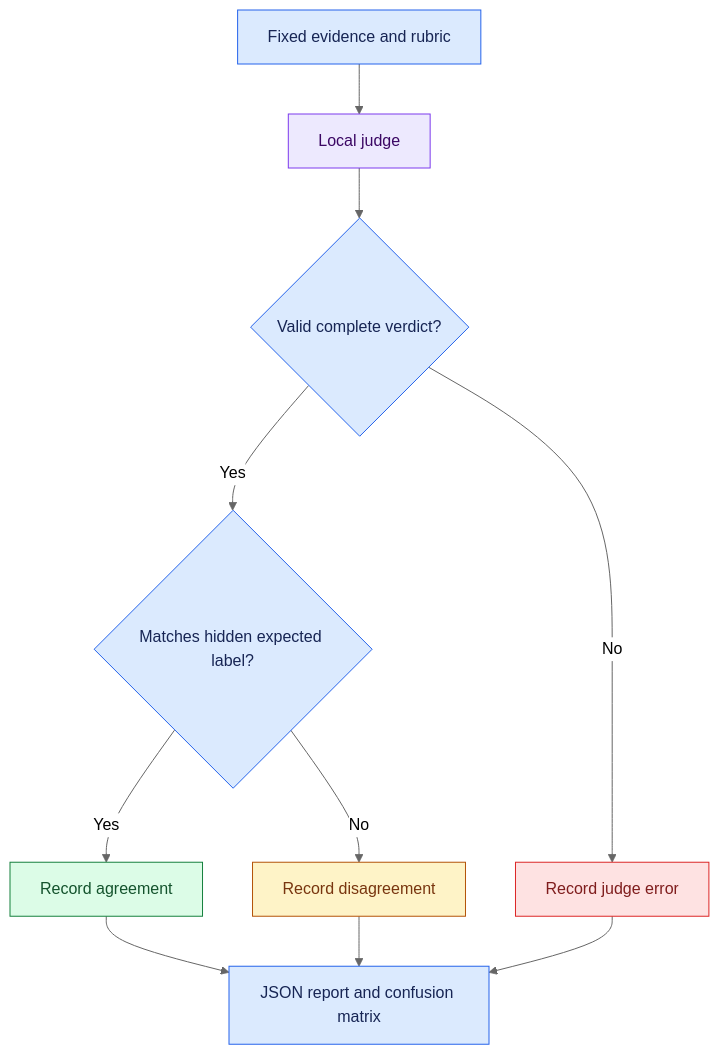
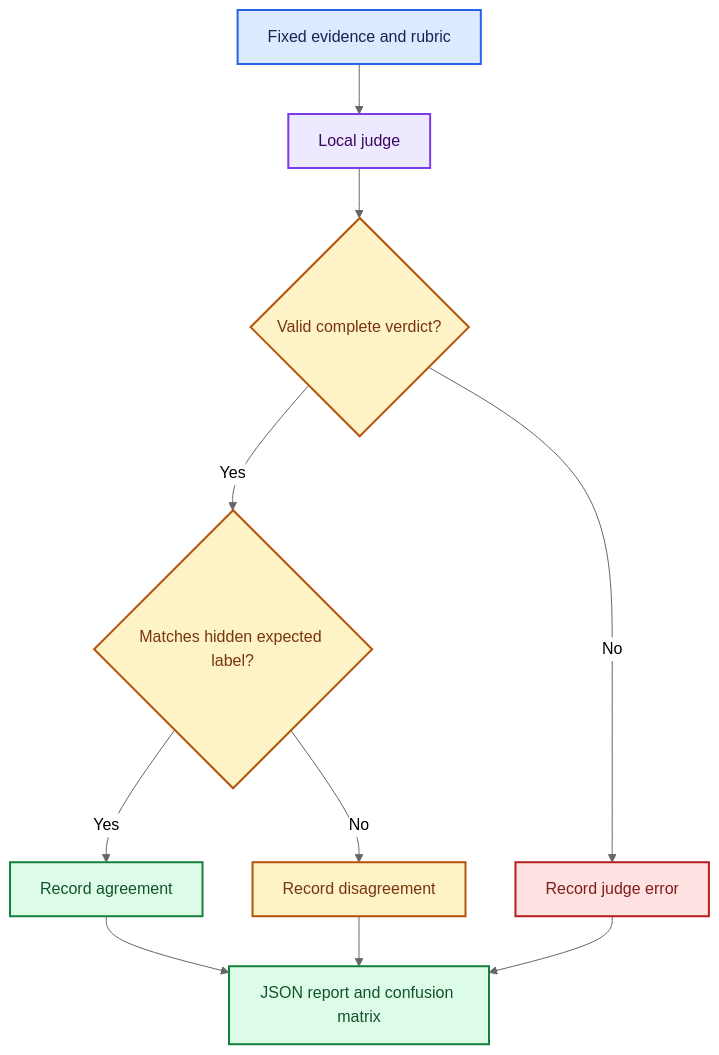
The diagram in docs/judge-calibration.md (anne500/ai-agent-evaluation-harness), drawn with Mermaid (neutral theme) before and after one commit.

Commit message:
Apply shared architecture colors and visual conventions

````diff
--- a/docs/judge-calibration.md
+++ b/docs/judge-calibration.md
@@ -35,22 +35,27 @@
 ```mermaid
 flowchart TD
     F["Fixed evidence and rubric"] --> J["Local judge"]
     J --> P{"Valid complete verdict?"}
     P -->|No| E["Record judge error"]
     P -->|Yes| C{"Matches hidden expected label?"}
     C -->|Yes| A["Record agreement"]
     C -->|No| D["Record disagreement"]
     A --> R["JSON report and confusion matrix"]
     D --> R
     E --> R
-    classDef blue fill:#DBEAFE,stroke:#2563EB,color:#172554
-    classDef purple fill:#EDE9FE,stroke:#7C3AED,color:#3B0764
-    classDef green fill:#DCFCE7,stroke:#15803D,color:#14532D
-    classDef amber fill:#FEF3C7,stroke:#B45309,color:#78350F
-    classDef red fill:#FEE2E2,stroke:#DC2626,color:#7F1D1D
-    class F,P,C,R blue
-    class J purple
-    class A green
-    class D amber
-    class E red
+
+    %% Shared architecture palette: see VISUAL_STYLE.md
+    classDef default fill:#F8FAFC,stroke:#475569,color:#0F172A,stroke-width:2px;
+    classDef process fill:#DBEAFE,stroke:#2563EB,color:#172554,stroke-width:2px;
+    classDef model fill:#EDE9FE,stroke:#7C3AED,color:#3B0764,stroke-width:2px;
+    classDef store fill:#CCFBF1,stroke:#0F766E,color:#134E4A,stroke-width:2px;
+    classDef decision fill:#FEF3C7,stroke:#B45309,color:#78350F,stroke-width:2px;
+    classDef human fill:#FFEDD5,stroke:#C2410C,color:#7C2D12,stroke-width:2px;
+    classDef output fill:#DCFCE7,stroke:#15803D,color:#14532D,stroke-width:2px;
+    classDef failure fill:#FEE2E2,stroke:#B91C1C,color:#7F1D1D,stroke-width:2px;
+    class F process;
+    class J model;
+    class P,C,D decision;
+    class A,R output;
+    class E failure;
 ```
````
